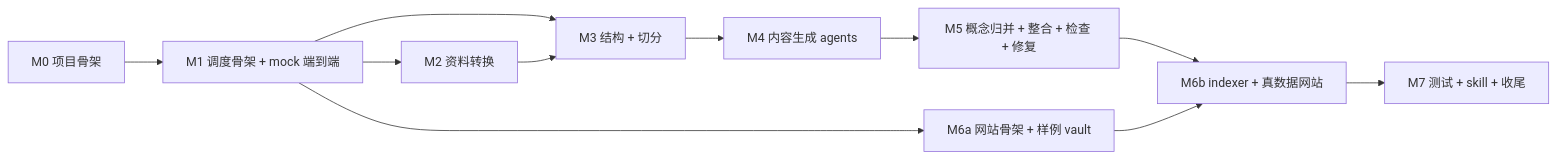
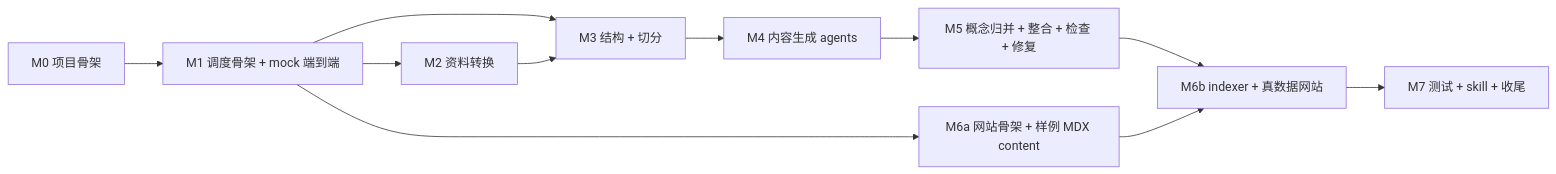
Before and after one commit to pppwaw/bookwiki: the diagram in plan.md, drawn with Mermaid. The commit also changed other lines of this file and 1 other file, not shown here.

Commit message:
docs: switch plan to fumadocs mdx output

````diff
--- a/plan.md
+++ b/plan.md
@@ -12,13 +12,13 @@
 ```mermaid
 flowchart LR
     M0[M0 项目骨架] --> M1[M1 调度骨架 + mock 端到端]
     M1 --> M2[M2 资料转换]
     M1 --> M3[M3 结构 + 切分]
-    M1 --> M6P[M6a 网站骨架 + 样例 vault]
+    M1 --> M6P[M6a 网站骨架 + 样例 MDX content]
     M2 --> M3
     M3 --> M4[M4 内容生成 agents]
     M4 --> M5[M5 概念归并 + 整合 + 检查 + 修复]
     M5 --> M6B[M6b indexer + 真数据网站]
     M6P --> M6B
     M6B --> M7[M7 测试 + skill + 收尾]
 ```
````
